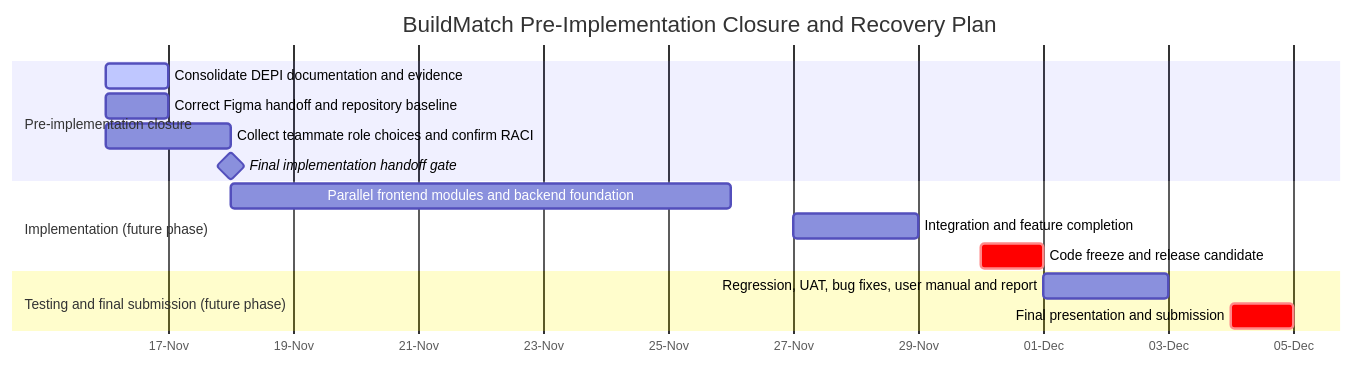
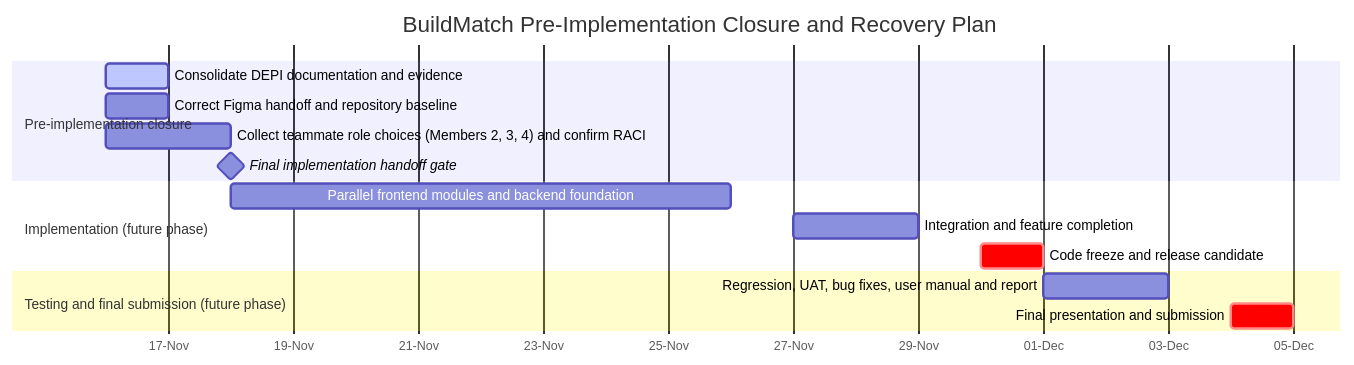
One commit to Mahmoud-ELsayed520/BuildMatch changed the diagram in docs/01-project-management/gantt-chart-recovery-schedule.md. Above: the diagram before and after it, drawn with Mermaid. The commit also changed other lines of this file and 13 other files, not shown here.

````diff
--- a/docs/01-project-management/gantt-chart-recovery-schedule.md
+++ b/docs/01-project-management/gantt-chart-recovery-schedule.md
@@ -19,21 +22,21 @@
 ```mermaid
 gantt
     title BuildMatch Pre-Implementation Closure and Recovery Plan
     dateFormat YYYY-MM-DD
     axisFormat %d-%b
 
     section Pre-implementation closure
     Consolidate DEPI documentation and evidence :active, p1, 2026-11-16, 2026-11-17
     Correct Figma handoff and repository baseline :p2, 2026-11-16, 2026-11-17
-    Collect teammate role choices and confirm RACI :p3, 2026-11-16, 2026-11-18
+    Collect teammate role choices (Members 2, 3, 4) and confirm RACI :p3, 2026-11-16, 2026-11-18
     Final implementation handoff gate :milestone, p4, 2026-11-18, 0d
 
     section Implementation (future phase)
     Parallel frontend modules and backend foundation :p5, 2026-11-18, 2026-11-26
     Integration and feature completion :p6, 2026-11-27, 2026-11-29
     Code freeze and release candidate :crit, p7, 2026-11-30, 1d
 
     section Testing and final submission (future phase)
     Regression, UAT, bug fixes, user manual and report :p8, 2026-12-01, 2026-12-03
     Final presentation and submission :crit, p9, 2026-12-04, 1d
 ```
````
